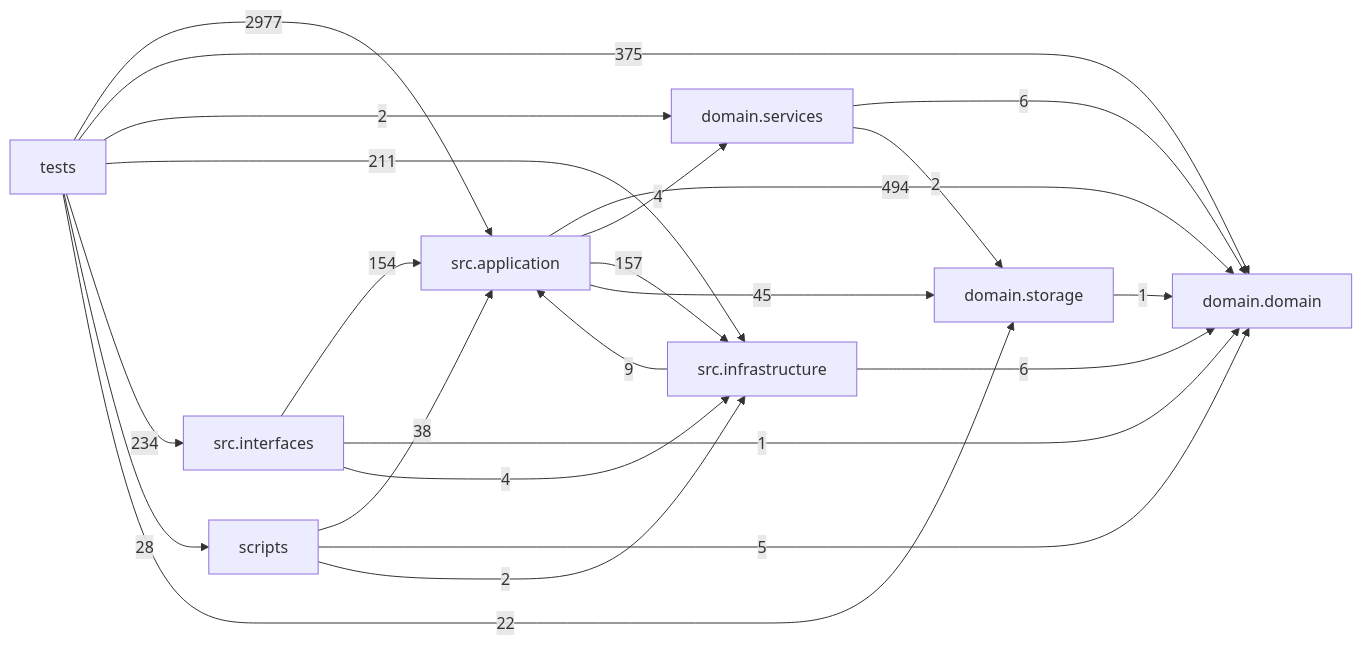
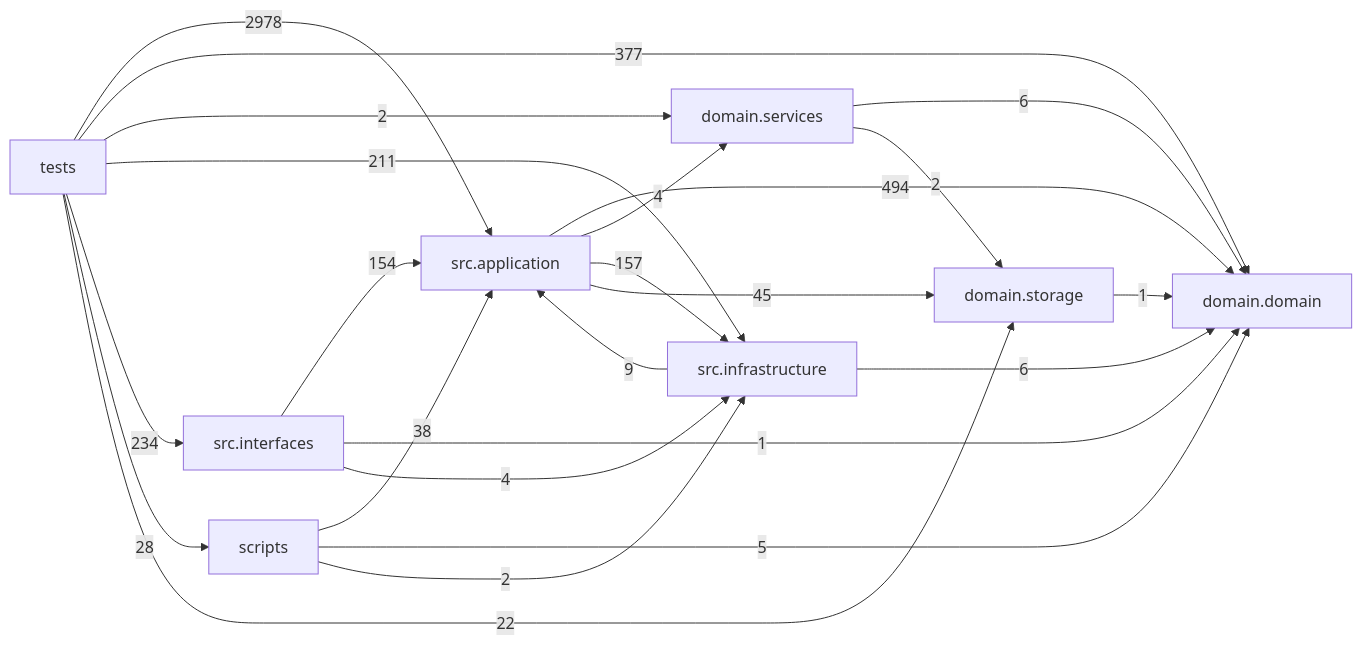
One commit to liuxie066/options-monitor changed the diagram in docs/DEPENDENCY_GRAPH.md. Above: the diagram before and after it, drawn with Mermaid. The commit also changed other lines of this file and 10 other files, not shown here.

````diff
--- a/docs/DEPENDENCY_GRAPH.md
+++ b/docs/DEPENDENCY_GRAPH.md
@@ -24,33 +24,33 @@
 ```mermaid
 flowchart LR
   tests["tests"]
   scripts["scripts"]
   interfaces["src.interfaces"]
   application["src.application"]
   infrastructure["src.infrastructure"]
   domain_services["domain.services"]
   domain["domain.domain"]
   storage["domain.storage"]
   application -->|494| domain
   application -->|4| domain_services
   application -->|157| infrastructure
   application -->|45| storage
   domain_services -->|6| domain
   domain_services -->|2| storage
   infrastructure -->|9| application
   infrastructure -->|6| domain
   interfaces -->|154| application
   interfaces -->|1| domain
   interfaces -->|4| infrastructure
   scripts -->|38| application
   scripts -->|5| domain
   scripts -->|2| infrastructure
   storage -->|1| domain
-  tests -->|2977| application
-  tests -->|375| domain
+  tests -->|2978| application
+  tests -->|377| domain
   tests -->|2| domain_services
   tests -->|211| infrastructure
   tests -->|234| interfaces
   tests -->|28| scripts
   tests -->|22| storage
 ```
````
